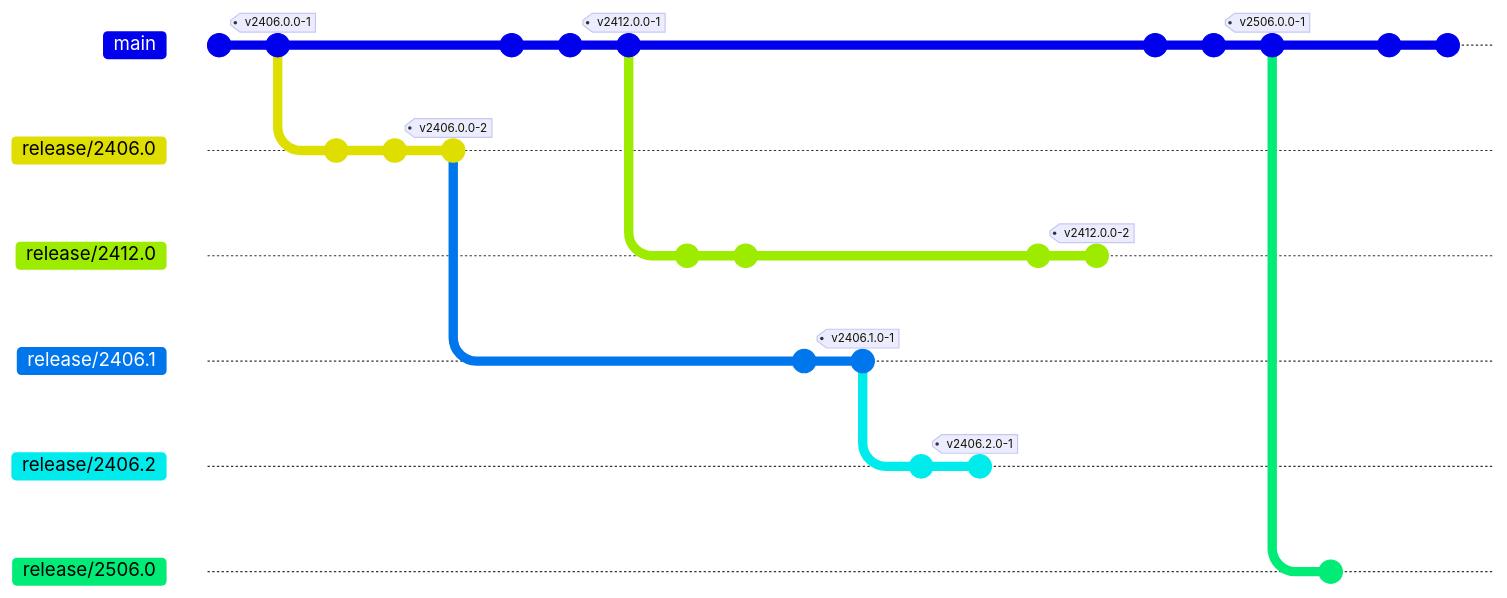
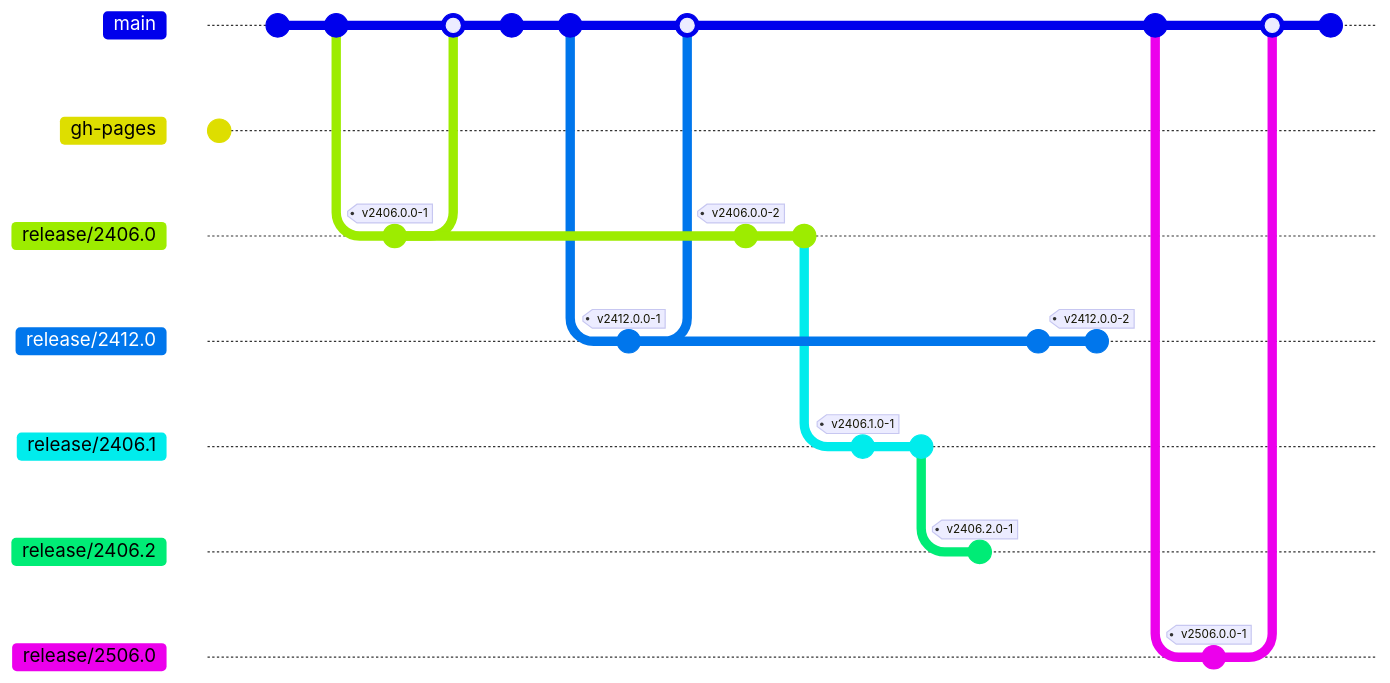
The diagram in website/dev/repository/branches.md (CoreMedia/coremedia-globallink-connect-integration), drawn with Mermaid before and after one commit. The commit also changed other lines of this file and 1 other file, not shown here. Commit ids are hidden.

Commit message:
docs(dev): Adjust Branches Documentation
Optimizing the documentation, so that it is hopefully easier to understand.

````diff
--- a/website/dev/repository/branches.md
+++ b/website/dev/repository/branches.md
@@ -3,41 +3,36 @@
 ```mermaid
 gitGraph:
-  commit id: "build updates"
-  commit tag: "v2406.0.0-1"
+  branch gh-pages
+  commit id: "(see below)"
+  checkout main
+  commit
+  commit id: "branch-off 2406.0"
   branch release/2406.0
+  commit id: "2406.0 approval" tag: "v2406.0.0-1"
+  checkout main
+  merge release/2406.0 id: "one-time merge 2406.x"
+  commit
+  commit id: "branch-off 2412.0"
+  branch release/2412.0
+  commit id: "2412.0 approval" tag: "v2412.0.0-1"
+  checkout main
+  merge release/2412.0 id: "one-time merge 2412.x"
   checkout release/2406.0
-  commit id: "2406.0 changes"
-  commit id: "2406.0 bugfix"
-  commit tag: "v2406.0.0-2"
-  checkout main
-  commit id: "ongoing dev"
-  commit id: "CI improvements"
-  commit tag: "v2412.0.0-1"
-  branch release/2412.0
-  checkout release/2412.0
-  commit id: "2412.0 approval"
-  commit id: "2412.0 changes"
-  checkout release/2406.0
+  commit id: "2406.0 bugfix release" tag: "v2406.0.0-2"
+  commit id: "branch-off 2406.1"
   branch release/2406.1
-  checkout release/2406.1
-  commit id: "2406.1 approval"
-  commit tag: "v2406.1.0-1"
-  checkout release/2406.1
+  commit id: "2406.1 approval" tag: "v2406.1.0-1"
+  commit id: "branch-off 2406.2"
   branch release/2406.2
-  checkout release/2406.2
-  commit id: "2406.2 approval"
-  commit tag: "v2406.2.0-1"
+  commit id: "2406.2 approval" tag: "v2406.2.0-1"
   checkout release/2412.0
   commit id: "2412.0 bugfix"
   commit tag: "v2412.0.0-2"
   checkout main
-  commit id: "dependency updates"
-  commit id: "new features"
-  commit tag: "v2506.0.0-1"
+  commit id: "branch-off 2506.0"
   branch release/2506.0
-  checkout release/2506.0
-  commit id: "2506.0 approval"
+  commit id: "2506.0 approval" tag: "v2506.0.0-1"
   checkout main
-  commit id: "continue development"
+  merge release/2506.0 id: "one-time merge 2506.x"
   commit id: "..."
 ```
````
